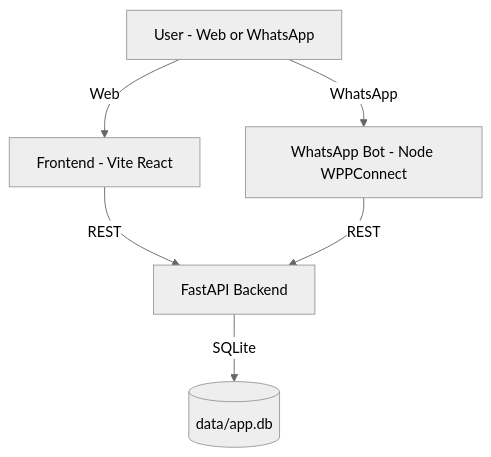
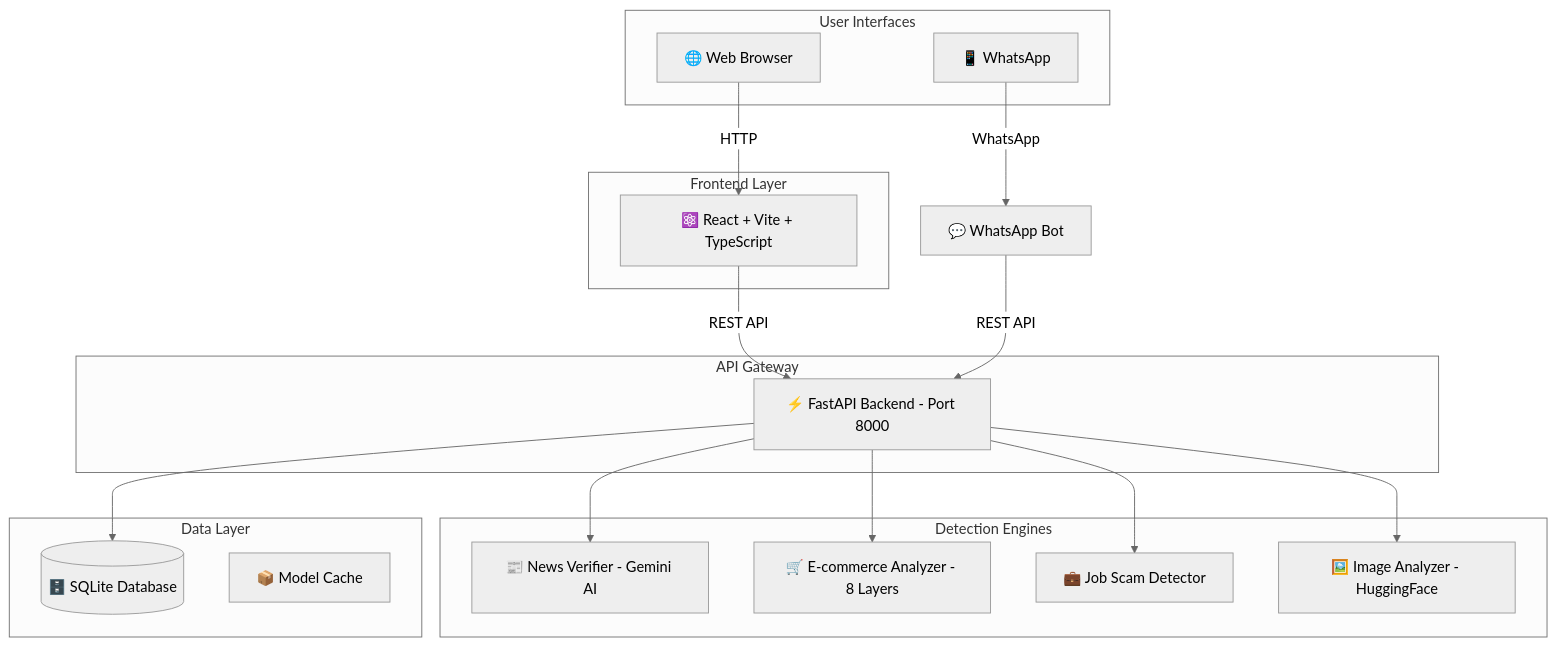
Before and after one commit to ujwaldantuluri/FactState: the diagram in README.md, drawn with Mermaid (neutral theme). The commit also changed other lines of this file and 6 other files, not shown here.

````diff
--- a/README.md
+++ b/README.md
@@ -38,10 +150,39 @@
 ```mermaid
 graph TD
-  U[User - Web or WhatsApp] -->|Web| FE[Frontend - Vite React]
-  FE -->|REST| API[FastAPI Backend]
+    subgraph "User Interfaces"
+        U1[🌐 Web Browser]
+        U2[📱 WhatsApp]
+    end
 
-  U -->|WhatsApp| WA[WhatsApp Bot - Node WPPConnect]
-  WA -->|REST| API
+    subgraph "Frontend Layer"
+        FE[⚛️ React + Vite + TypeScript]
+    end
 
-  API -->|SQLite| DB[(data/app.db)]
+    subgraph "API Gateway"
+        API[⚡ FastAPI Backend - Port 8000]
+    end
+
+    subgraph "Detection Engines"
+        NEWS[📰 News Verifier - Gemini AI]
+        ECOM[🛒 E-commerce Analyzer - 8 Layers]
+        JOB[💼 Job Scam Detector]
+        IMG[🖼️ Image Analyzer - HuggingFace]
+    end
+
+    subgraph "Data Layer"
+        DB[(🗄️ SQLite Database)]
+        CACHE[📦 Model Cache]
+    end
+
+    U1 -->|HTTP| FE
+    U2 -->|WhatsApp| WA[💬 WhatsApp Bot]
+    FE -->|REST API| API
+    WA -->|REST API| API
+    
+    API --> NEWS
+    API --> ECOM
+    API --> JOB
+    API --> IMG
+    
+    API --> DB
 ```
````
